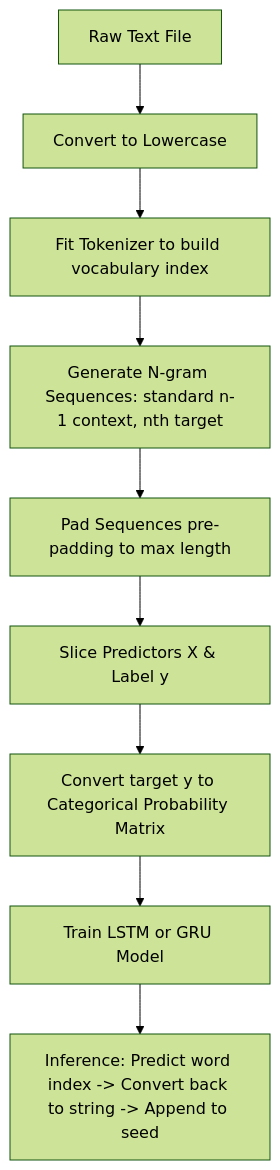
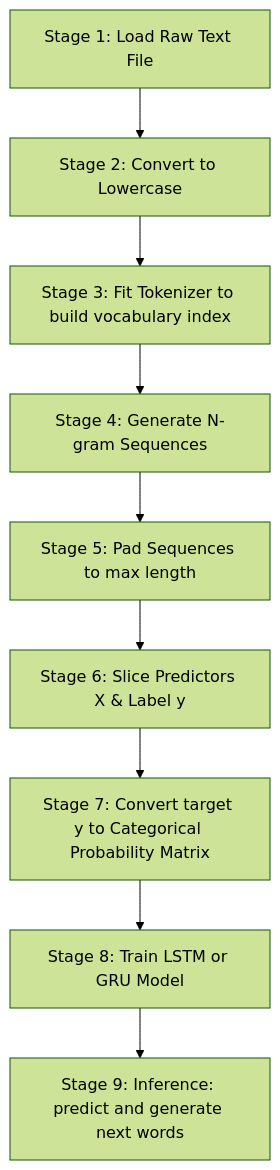
The diagram in krish-naik/13 - Prediciting Next Word (LSTM and GRU)/lstm_gru_next_word_cheatsheet.md (moonstruck2003/ai-kernel), drawn with Mermaid (forest theme) before and after one commit. The commit also changed other lines of this file and 3 other files, not shown here.

````diff
--- a/krish-naik/13 - Prediciting Next Word (LSTM and GRU)/lstm_gru_next_word_cheatsheet.md
+++ b/krish-naik/13 - Prediciting Next Word (LSTM and GRU)/lstm_gru_next_word_cheatsheet.md
@@ -14,11 +14,11 @@
 ```mermaid
 graph TD
-    A[Raw Text File] --> B[Convert to Lowercase]
-    B --> C[Fit Tokenizer to build vocabulary index]
-    C --> D[Generate N-gram Sequences: standard n-1 context, nth target]
-    D --> E[Pad Sequences pre-padding to max length]
-    E --> F[Slice Predictors X & Label y]
-    F --> G[Convert target y to Categorical Probability Matrix]
-    G --> H[Train LSTM or GRU Model]
-    H --> I[Inference: Predict word index -> Convert back to string -> Append to seed]
+    Stage1[Stage 1: Load Raw Text File] --> Stage2[Stage 2: Convert to Lowercase]
+    Stage2 --> Stage3[Stage 3: Fit Tokenizer to build vocabulary index]
+    Stage3 --> Stage4[Stage 4: Generate N-gram Sequences]
+    Stage4 --> Stage5[Stage 5: Pad Sequences to max length]
+    Stage5 --> Stage6[Stage 6: Slice Predictors X & Label y]
+    Stage6 --> Stage7[Stage 7: Convert target y to Categorical Probability Matrix]
+    Stage7 --> Stage8[Stage 8: Train LSTM or GRU Model]
+    Stage8 --> Stage9[Stage 9: Inference: predict and generate next words]
 ```
````
